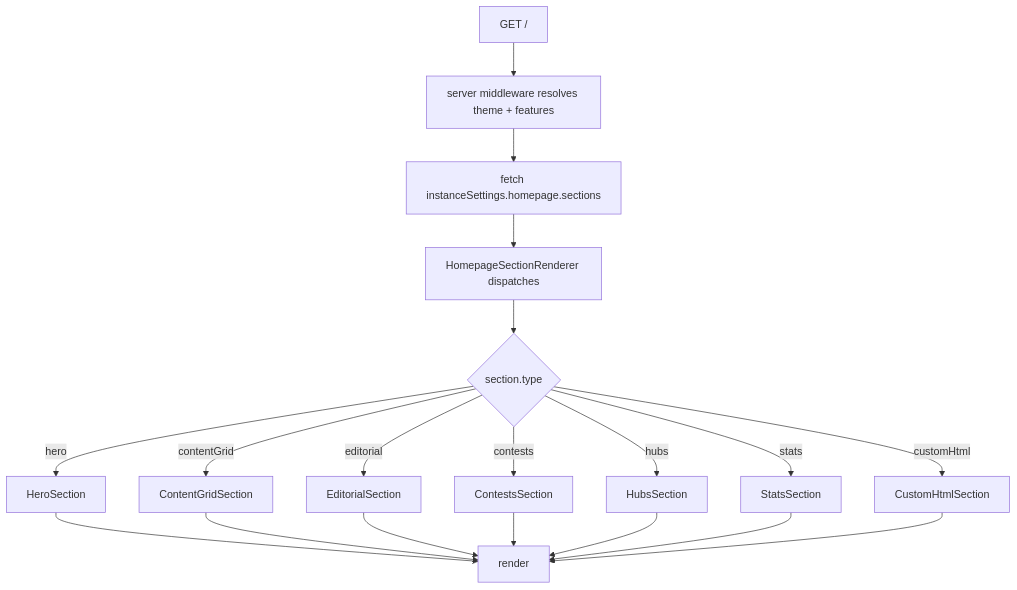
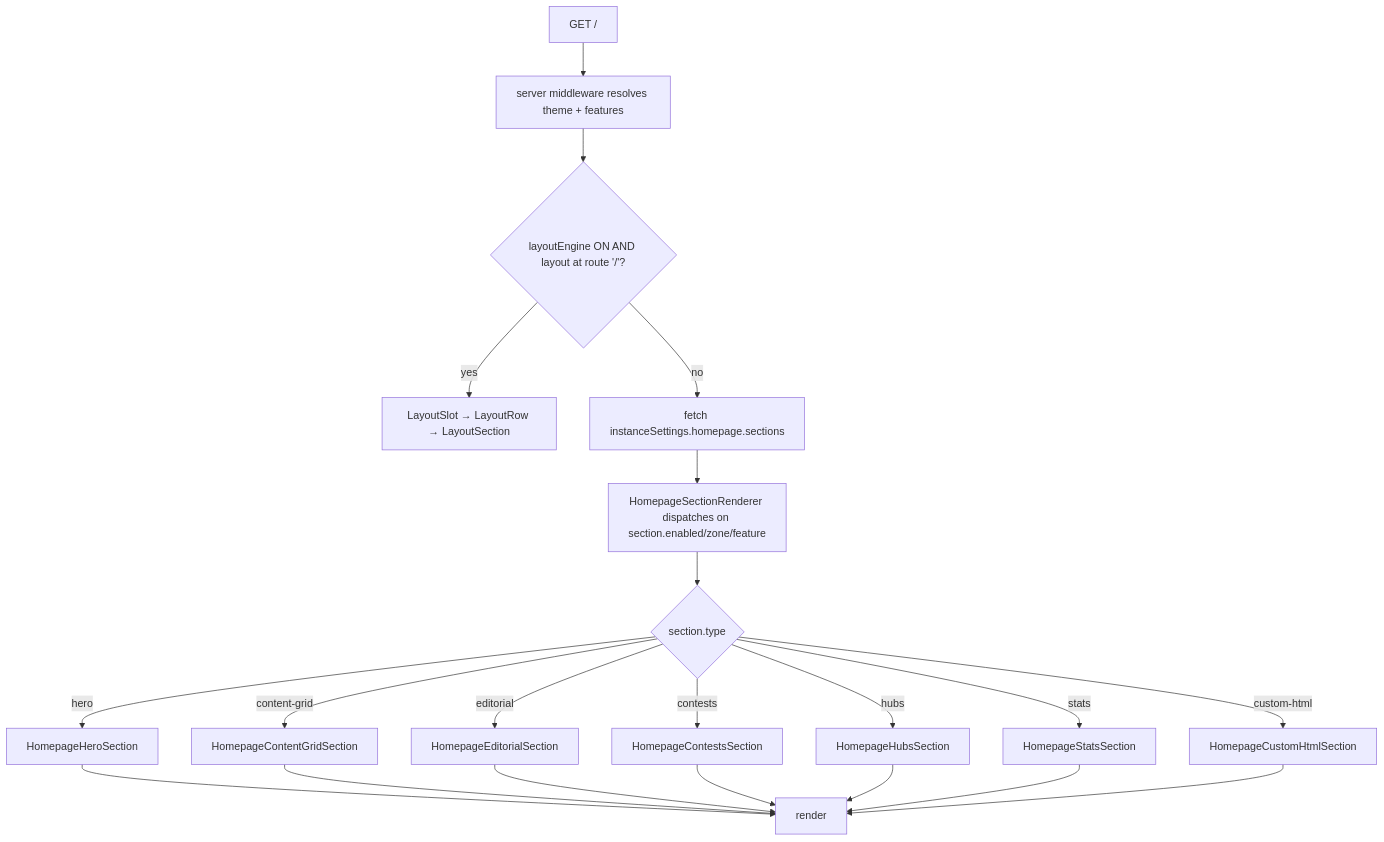
One commit to commonpub/commonpub changed diagram 14 of 15 in codebase-analysis/07-state-diagrams.md. Above: the diagram before and after it, drawn with Mermaid. The commit also changed other lines of this file and 16 other files, not shown here.

````diff
--- a/codebase-analysis/07-state-diagrams.md
+++ b/codebase-analysis/07-state-diagrams.md
@@ -302,21 +321,23 @@
 ```mermaid
 flowchart TD
     A[GET /] --> B[server middleware resolves theme + features]
-    B --> C[fetch instanceSettings.homepage.sections]
-    C --> D[HomepageSectionRenderer dispatches]
+    B --> Z{layoutEngine ON AND layout at route '/'?}
+    Z -->|yes| Y[LayoutSlot → LayoutRow → LayoutSection]
+    Z -->|no| C[fetch instanceSettings.homepage.sections]
+    C --> D[HomepageSectionRenderer dispatches on section.enabled/zone/feature]
     D --> E{section.type}
-    E -->|hero| F[HeroSection]
-    E -->|contentGrid| G[ContentGridSection]
-    E -->|editorial| H[EditorialSection]
-    E -->|contests| I[ContestsSection]
-    E -->|hubs| J[HubsSection]
-    E -->|stats| K[StatsSection]
-    E -->|customHtml| L[CustomHtmlSection]
+    E -->|hero| F[HomepageHeroSection]
+    E -->|content-grid| G[HomepageContentGridSection]
+    E -->|editorial| H[HomepageEditorialSection]
+    E -->|contests| I[HomepageContestsSection]
+    E -->|hubs| J[HomepageHubsSection]
+    E -->|stats| K[HomepageStatsSection]
+    E -->|custom-html| L[HomepageCustomHtmlSection]
     F --> M[render]
     G --> M
     H --> M
     I --> M
     J --> M
     K --> M
     L --> M
 ```
````
